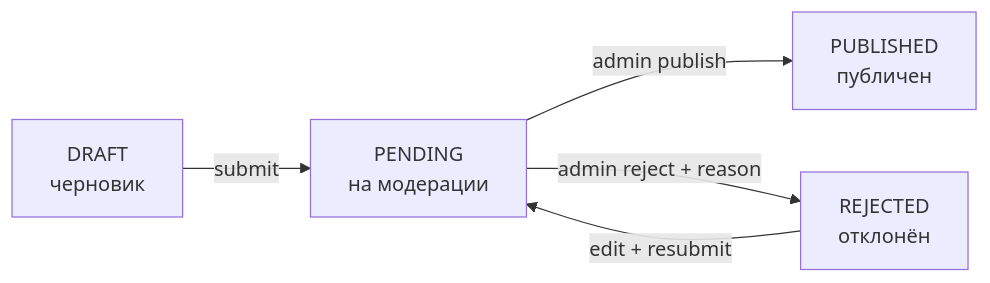
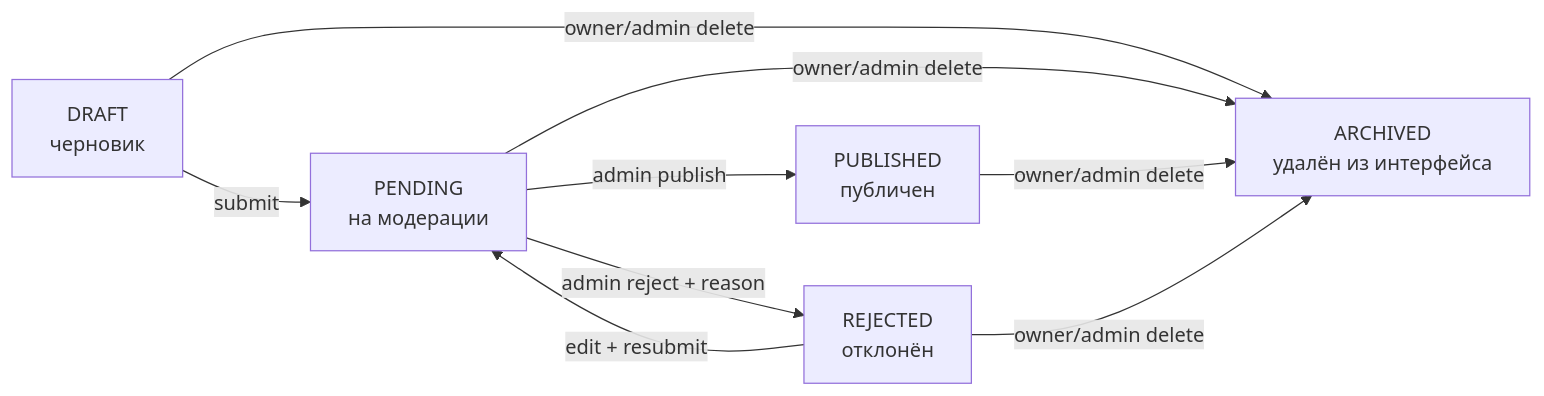
Before and after one commit to bordermull/creator-platform: the third of 4 diagrams in README.md, drawn with Mermaid. The commit also changed other lines of this file and 40 other files, not shown here.

````diff
--- a/README.md
+++ b/README.md
@@ -564,12 +639,17 @@
 ```mermaid
 flowchart LR
   draft["DRAFT<br/>черновик"]
   pending["PENDING<br/>на модерации"]
   published["PUBLISHED<br/>публичен"]
   rejected["REJECTED<br/>отклонён"]
+  archived["ARCHIVED<br/>удалён из интерфейса"]
 
   draft -->|"submit"| pending
   pending -->|"admin publish"| published
   pending -->|"admin reject + reason"| rejected
   rejected -->|"edit + resubmit"| pending
+  draft -->|"owner/admin delete"| archived
+  pending -->|"owner/admin delete"| archived
+  published -->|"owner/admin delete"| archived
+  rejected -->|"owner/admin delete"| archived
 ```
````
